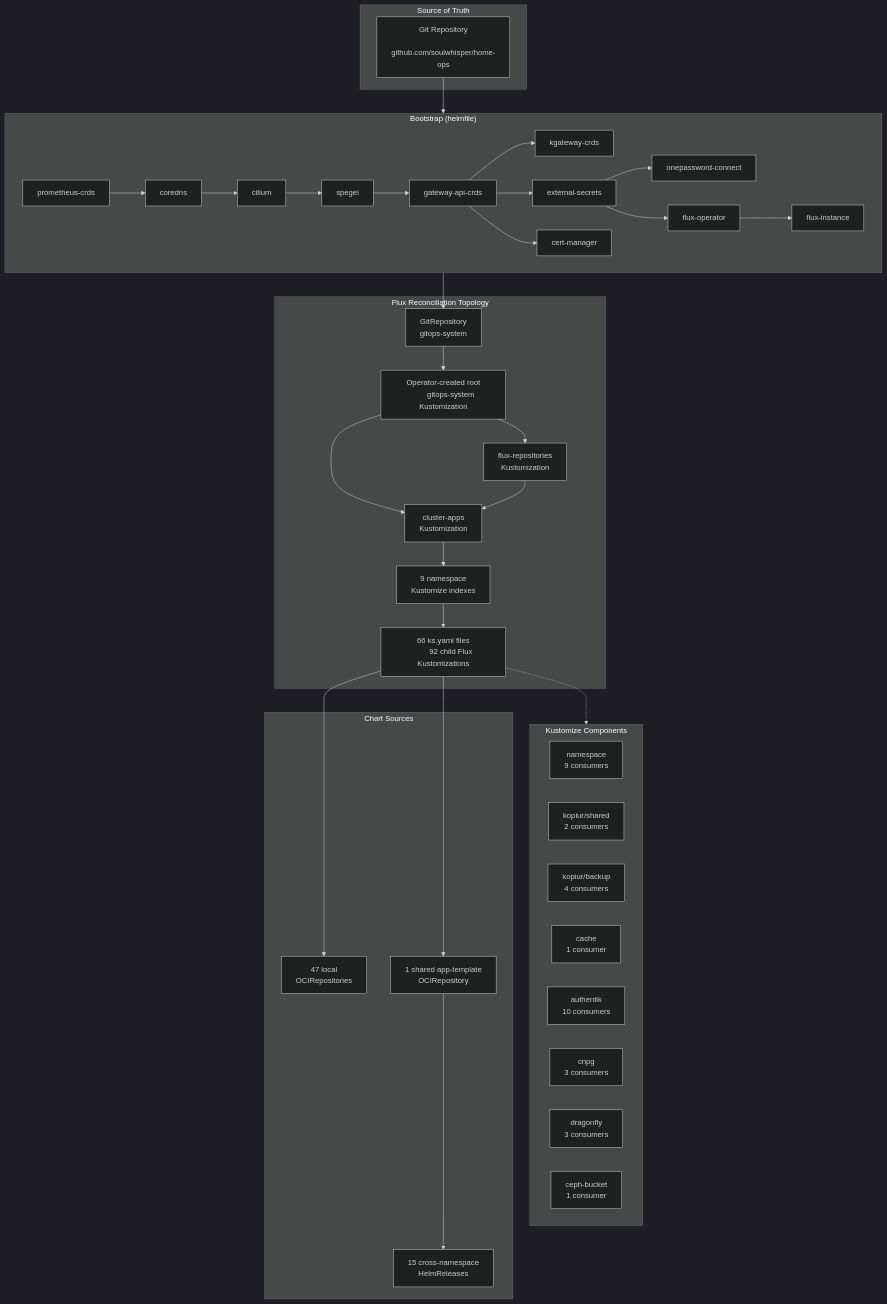
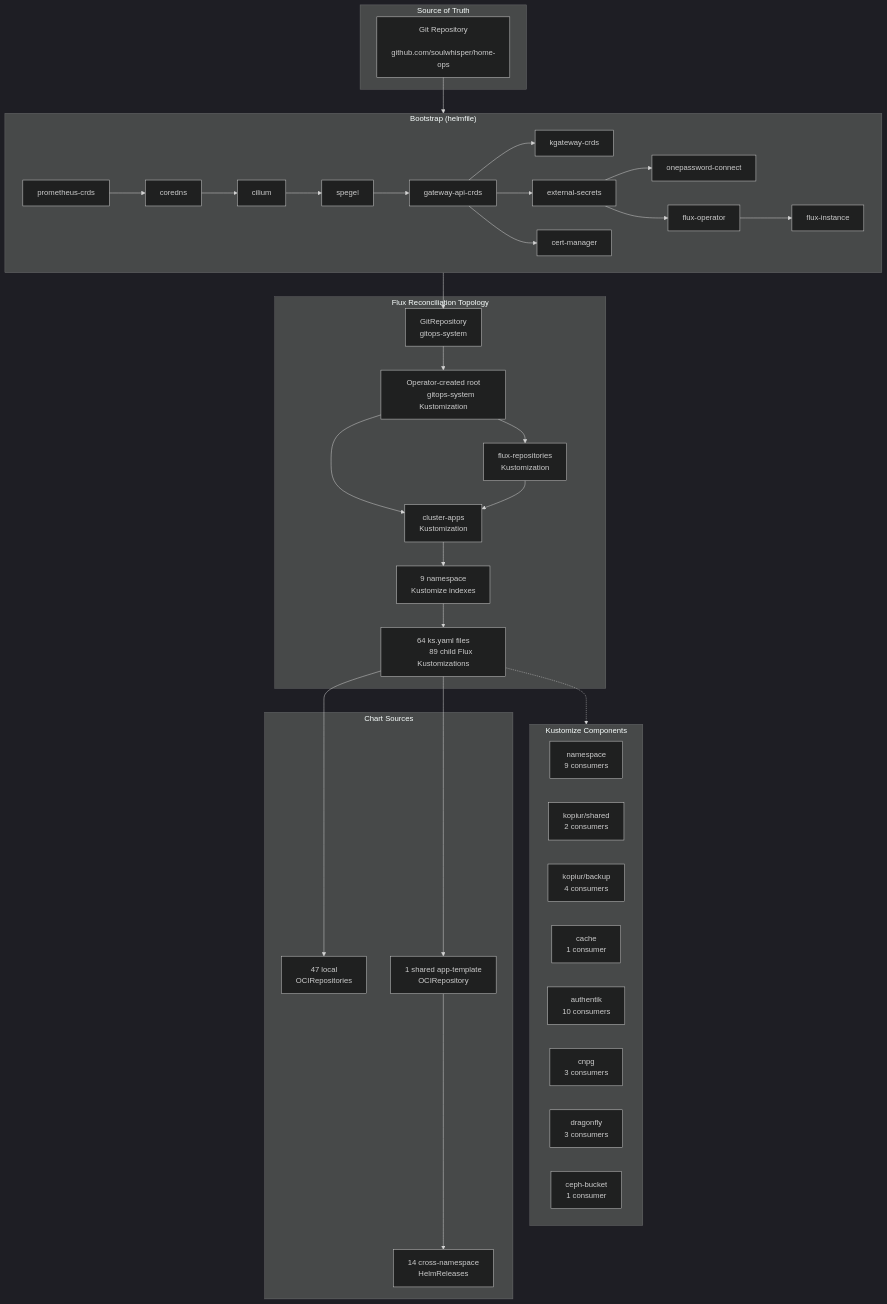
The diagram in docs/infrastructure/kubernetes.md (soulwhisper/home-ops), drawn with Mermaid (dark theme) before and after one commit. The commit also changed other lines of this file and 7 other files, not shown here.

````diff
--- a/docs/infrastructure/kubernetes.md
+++ b/docs/infrastructure/kubernetes.md
@@ -12,71 +12,71 @@
 ```mermaid
 flowchart TB
     subgraph Source["Source of Truth"]
         GIT["Git Repository
         github.com/soulwhisper/home-ops"]
     end
 
     subgraph Bootstrap["Bootstrap (helmfile)"]
         direction LR
         B1["prometheus-crds"] --> B2["coredns"]
         B2 --> B3["cilium"]
         B3 --> B4["spegel"]
         B4 --> B5["gateway-api-crds"]
         B5 --> B6["kgateway-crds"]
         B5 --> B7["external-secrets"]
         B5 --> B8["cert-manager"]
         B7 --> B9["onepassword-connect"]
         B7 --> B11["flux-operator"]
         B11 --> B12["flux-instance"]
     end
 
     subgraph FluxTopo["Flux Reconciliation Topology"]
         GR["GitRepository
         gitops-system"] --> ROOT["Operator-created root
         gitops-system Kustomization"]
         ROOT --> FR["flux-repositories
         Kustomization"]
         ROOT --> CA["cluster-apps
         Kustomization"]
         FR --> CA
         CA --> NS["9 namespace
         Kustomize indexes"]
-        NS --> APPS["66 ks.yaml files
-        92 child Flux Kustomizations"]
+        NS --> APPS["64 ks.yaml files
+        89 child Flux Kustomizations"]
     end
 
     subgraph Components["Kustomize Components"]
         NS_COMP["namespace
         9 consumers"]
         KOPIUR_SECRET["kopiur/shared
         2 consumers"]
         KOPIUR_BACKUP["kopiur/backup
         4 consumers"]
         CACHE["cache
         1 consumer"]
         AUTHENTIK["authentik
         10 consumers"]
         CNPG["cnpg
         3 consumers"]
         DRAGONFLY["dragonfly
         3 consumers"]
         CEPH["ceph-bucket
         1 consumer"]
     end
 
     subgraph Charts["Chart Sources"]
         OCI_OWN["47 local
         OCIRepositories"]
         OCI_TPL["1 shared app-template
         OCIRepository"]
-        CROSS["15 cross-namespace
+        CROSS["14 cross-namespace
         HelmReleases"]
     end
 
     GIT --> Bootstrap
     Bootstrap --> GR
     APPS -.-> Components
     APPS --> OCI_OWN
     APPS --> OCI_TPL
     OCI_TPL --> CROSS
 ```
````
